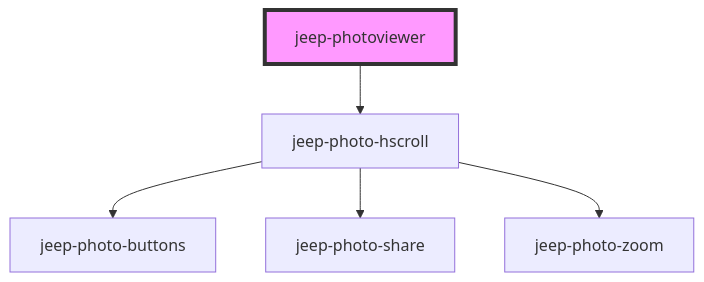
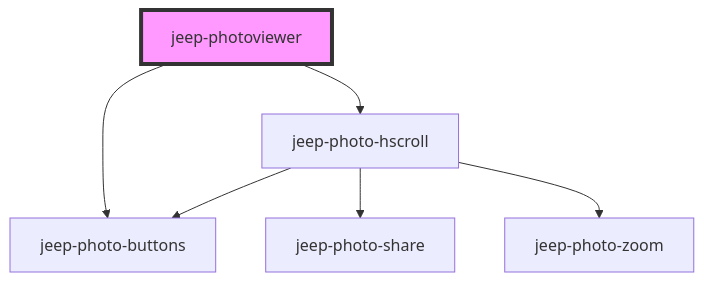
One commit to jepiqueau/jeep-photoviewer changed the diagram in src/components/jeep-photoviewer/readme.md. Above: the diagram before and after it, drawn with Mermaid. The commit also changed other lines of this file and 10 other files, not shown here.

````diff
--- a/src/components/jeep-photoviewer/readme.md
+++ b/src/components/jeep-photoviewer/readme.md
@@ -108,8 +109,9 @@
 ```mermaid
 graph TD;
   jeep-photoviewer --> jeep-photo-hscroll
+  jeep-photoviewer --> jeep-photo-buttons
   jeep-photo-hscroll --> jeep-photo-buttons
   jeep-photo-hscroll --> jeep-photo-share
   jeep-photo-hscroll --> jeep-photo-zoom
   style jeep-photoviewer fill:#f9f,stroke:#333,stroke-width:4px
 ```
````
